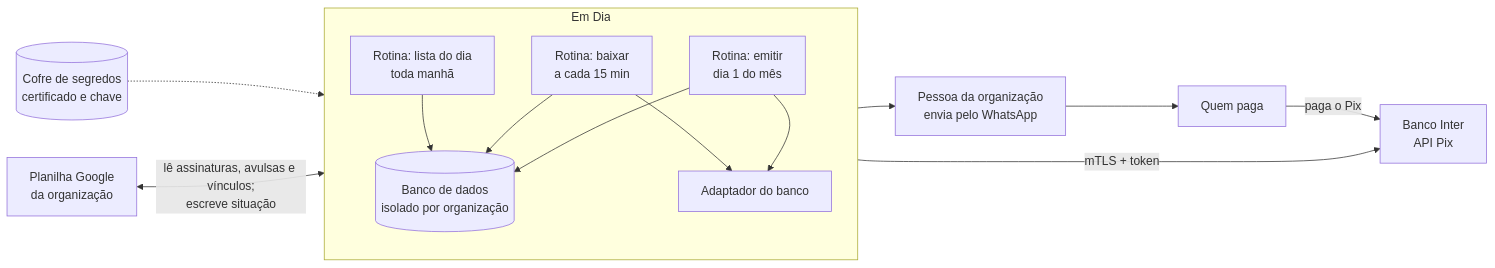
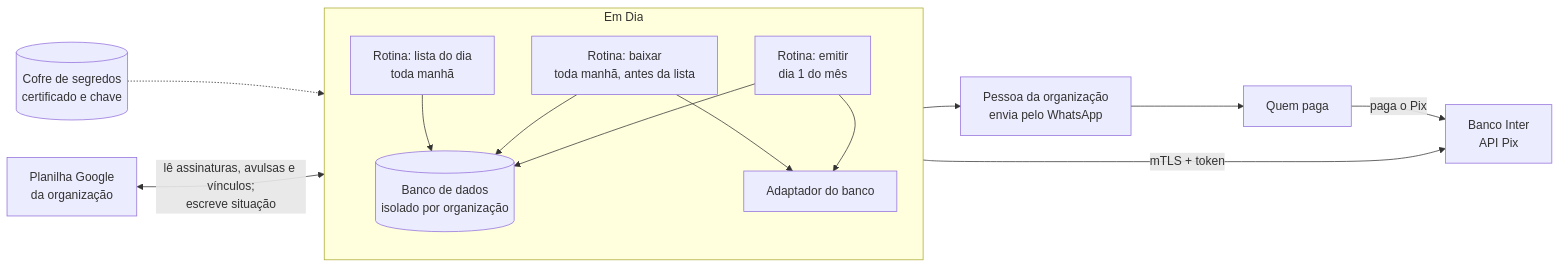
The second of 9 diagrams in docs/processos.md (leonardorudolfocardoso/pix-em-dia), drawn with Mermaid before and after one commit. The commit also changed other lines of this file and 3 other files, not shown here.

First line of the commit message:
Baixa diária antes da lista, planilha de hora em hora e venda no balcão pelo Pix na chave

````diff
--- a/docs/processos.md
+++ b/docs/processos.md
@@ -52,22 +52,22 @@
 ```mermaid
 flowchart LR
   planilha["Planilha Google<br/>da organização"] <-->|lê assinaturas, avulsas e vínculos;<br/>escreve situação| emdia
   subgraph emdia["Em Dia"]
     direction TB
     emitir["Rotina: emitir<br/>dia 1 do mês"]
-    baixar["Rotina: baixar<br/>a cada 15 min"]
+    baixar["Rotina: baixar<br/>toda manhã, antes da lista"]
     lista["Rotina: lista do dia<br/>toda manhã"]
     db[("Banco de dados<br/>isolado por organização")]
     adaptador["Adaptador do banco"]
     emitir --> db
     baixar --> db
     lista --> db
     emitir --> adaptador
     baixar --> adaptador
   end
   adaptador -->|mTLS + token| inter["Banco Inter<br/>API Pix"]
   cofre[("Cofre de segredos<br/>certificado e chave")] -.-> adaptador
   lista --> pessoa["Pessoa da organização<br/>envia pelo WhatsApp"]
   pessoa --> familia["Quem paga"]
   familia -->|paga o Pix| inter
 ```
````
